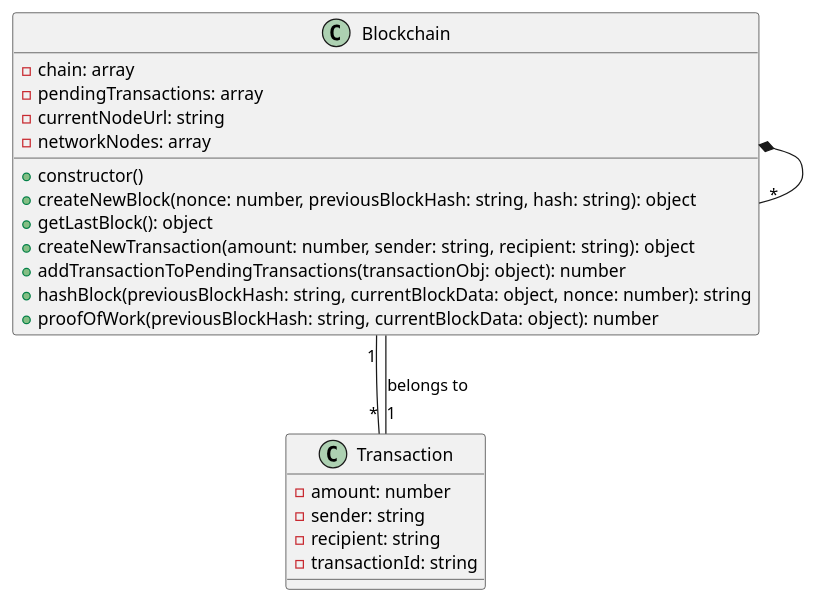
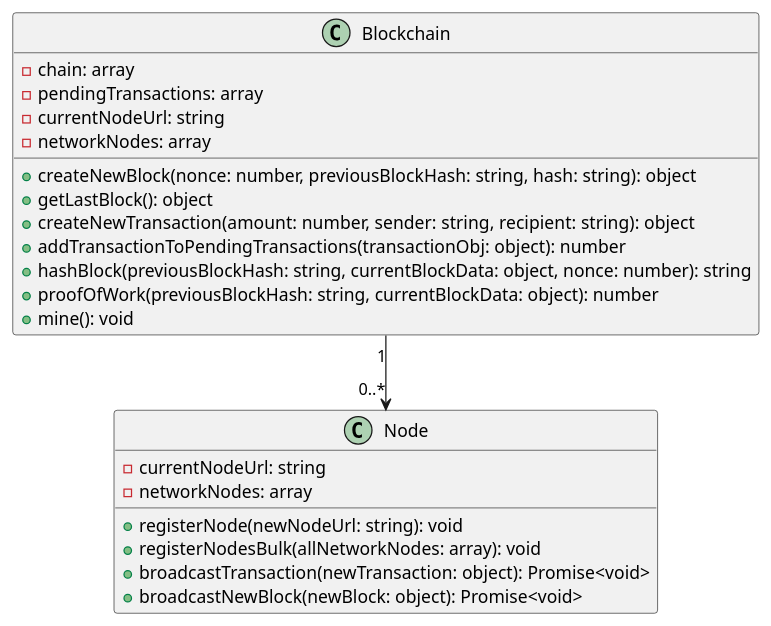
The diagram in DEV/blockchain.plantUML (valleria-web/blockchain), drawn with PlantUML before and after one commit. The commit also changed 9 other files, not shown here.

```diff
--- a/DEV/blockchain.plantUML
+++ b/DEV/blockchain.plantUML
@@ -1,30 +1,28 @@
-@startuml a,
+@startuml
 
 class Blockchain {
-  -chain: array
-  -pendingTransactions: array
-  -currentNodeUrl: string
-  -networkNodes: array
-  +constructor()
-  +createNewBlock(nonce: number, previousBlockHash: string, hash: string): object
-  +getLastBlock(): object
-  +createNewTransaction(amount: number, sender: string, recipient: string): object
-  +addTransactionToPendingTransactions(transactionObj: object): number
-  +hashBlock(previousBlockHash: string, currentBlockData: object, nonce: number): string
-  +proofOfWork(previousBlockHash: string, currentBlockData: object): number
+  - chain: array
+  - pendingTransactions: array
+  - currentNodeUrl: string
+  - networkNodes: array
+  + createNewBlock(nonce: number, previousBlockHash: string, hash: string): object
+  + getLastBlock(): object
+  + createNewTransaction(amount: number, sender: string, recipient: string): object
+  + addTransactionToPendingTransactions(transactionObj: object): number
+  + hashBlock(previousBlockHash: string, currentBlockData: object, nonce: number): string
+  + proofOfWork(previousBlockHash: string, currentBlockData: object): number
+  + mine(): void
 }
 
-Blockchain *-- "*" Blockchain
-
-Blockchain "1" -- "*" Transaction
-
-class Transaction {
-  -amount: number
-  -sender: string
-  -recipient: string
-  -transactionId: string
+class Node {
+  - currentNodeUrl: string
+  - networkNodes: array
+  + registerNode(newNodeUrl: string): void
+  + registerNodesBulk(allNetworkNodes: array): void
+  + broadcastTransaction(newTransaction: object): Promise<void>
+  + broadcastNewBlock(newBlock: object): Promise<void>
 }
 
-Transaction -- Blockchain : "1" belongs to
+Blockchain "1" --> "0..*" Node
 
 @enduml
```
